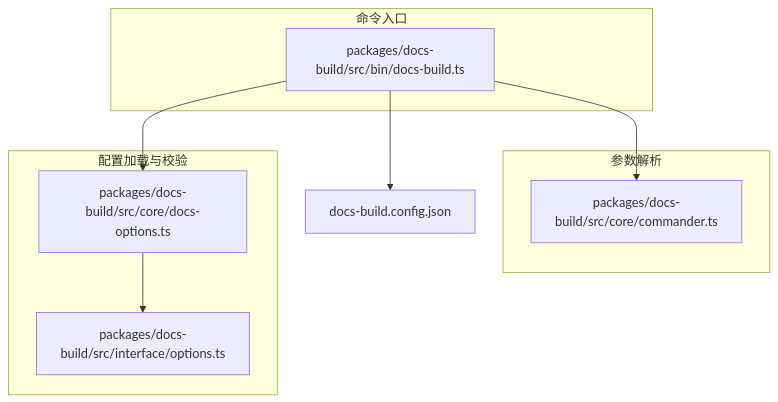
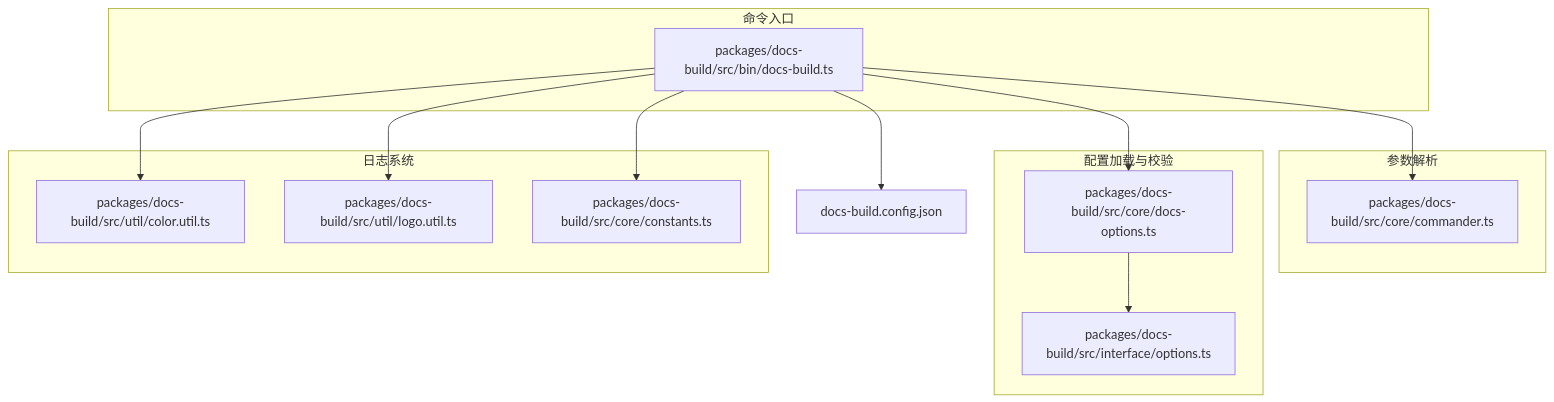
The first of 4 diagrams in .qoder/repowiki/zh/content/文档构建工具(@hz-9_docs-build)/CLI参考.md (hz-9/tool-nx), drawn with Mermaid before and after one commit. The commit also changed other lines of this file and 27 other files, not shown here.

````diff
--- a/.qoder/repowiki/zh/content/文档构建工具(@hz-9_docs-build)/CLI参考.md
+++ b/.qoder/repowiki/zh/content/文档构建工具(@hz-9_docs-build)/CLI参考.md
@@ -37,18 +51,26 @@
 ```mermaid
 graph TB
 subgraph "命令入口"
 BIN["packages/docs-build/src/bin/docs-build.ts"]
 end
 subgraph "参数解析"
 CMD["packages/docs-build/src/core/commander.ts"]
 end
 subgraph "配置加载与校验"
 OPT["packages/docs-build/src/core/docs-options.ts"]
 IFACE["packages/docs-build/src/interface/options.ts"]
 end
+subgraph "日志系统"
+COLOR["packages/docs-build/src/util/color.util.ts"]
+LOGO["packages/docs-build/src/util/logo.util.ts"]
+CONST["packages/docs-build/src/core/constants.ts"]
+end
 CFG["docs-build.config.json"]
 BIN --> CMD
 BIN --> OPT
 OPT --> IFACE
+BIN --> COLOR
+BIN --> LOGO
+BIN --> CONST
 BIN --> CFG
 ```
````
